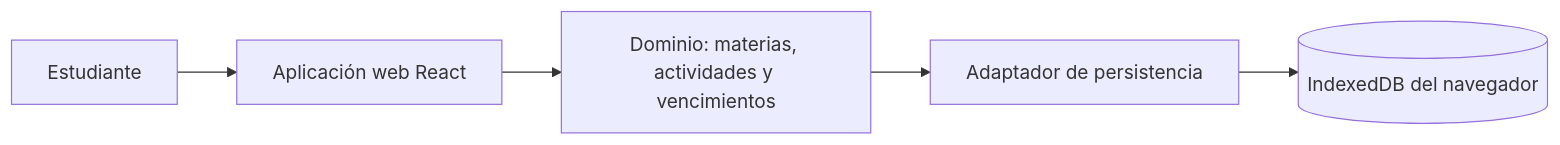
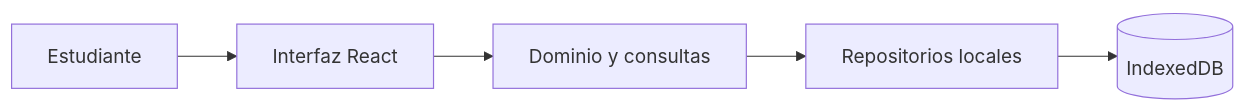
The diagram in specs/001-studyflow/plan.md (NatArteaga05/StudyFlow), drawn with Mermaid before and after one commit. The commit also changed other lines of this file and 2 other files, not shown here.

````diff
--- a/specs/001-studyflow/plan.md
+++ b/specs/001-studyflow/plan.md
@@ -9,7 +9,7 @@
 ```mermaid
 flowchart LR
-    U[Estudiante] --> B[Aplicación web React]
-    B --> D[Dominio: materias, actividades y vencimientos]
-    D --> P[Adaptador de persistencia]
-    P --> I[(IndexedDB del navegador)]
+    U[Estudiante] --> UI[Interfaz React]
+    UI --> D[Dominio y consultas]
+    D --> R[Repositorios locales]
+    R --> IDB[(IndexedDB)]
 ```
````
